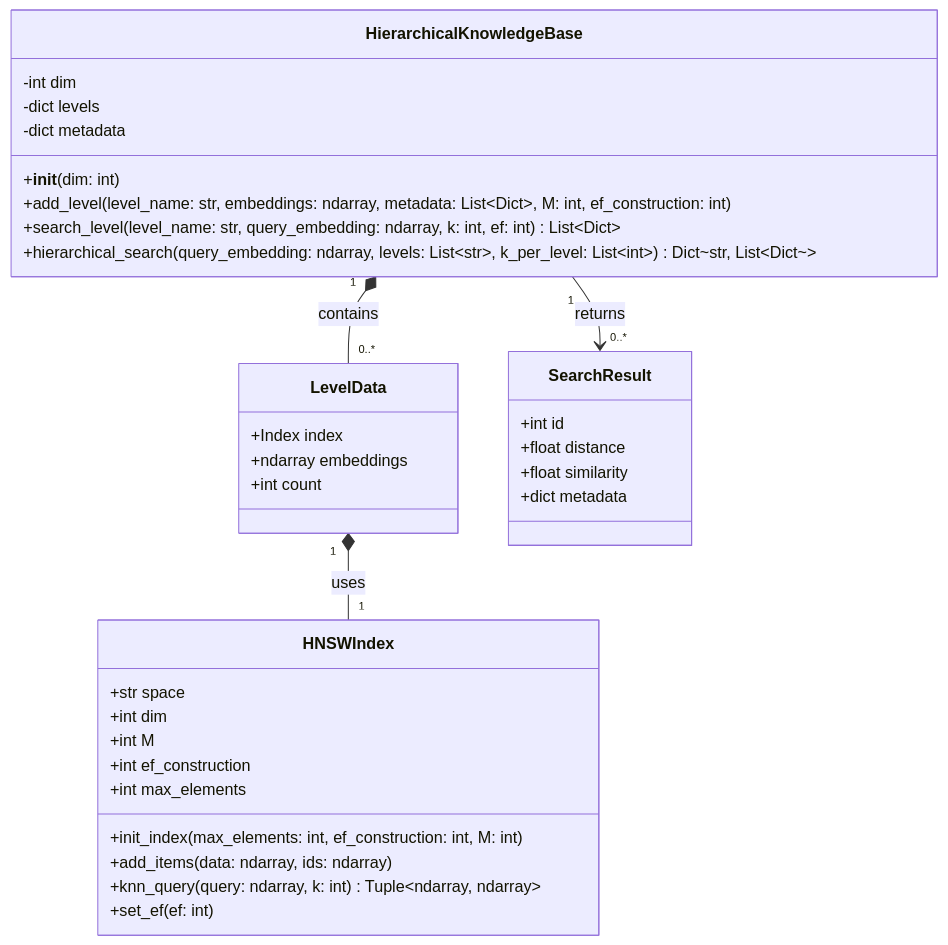
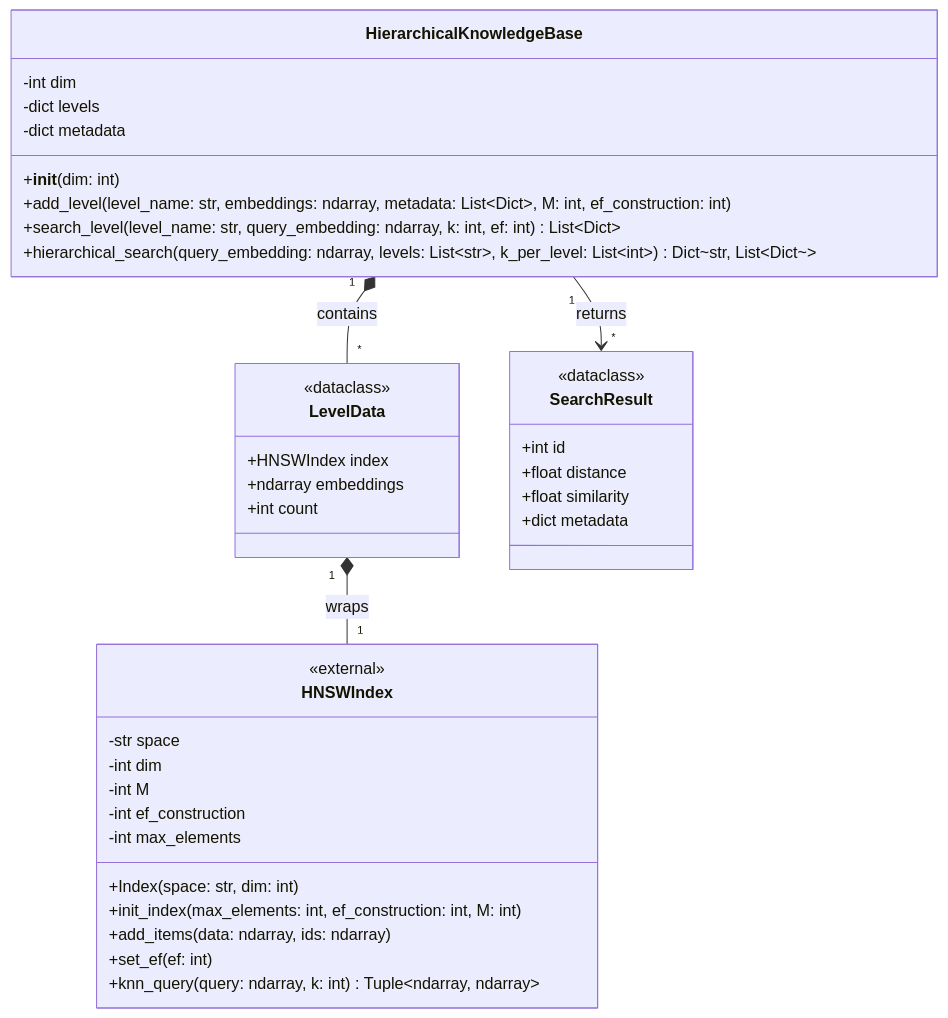
One commit to dimitarpg13/rag_architectures_and_concepts changed the first of 16 diagrams in src/examples/hnsw/hnsw_hierarchical_reasoning.md. Above: the diagram before and after it, drawn with Mermaid. The commit also changed other lines of this file, not shown here.

Commit message:
update diagram

````diff
--- a/src/examples/hnsw/hnsw_hierarchical_reasoning.md
+++ b/src/examples/hnsw/hnsw_hierarchical_reasoning.md
@@ -71,41 +35,45 @@
 ```mermaid
 classDiagram
     class HierarchicalKnowledgeBase {
         -int dim
         -dict levels
         -dict metadata
         +__init__(dim: int)
         +add_level(level_name: str, embeddings: ndarray, metadata: List~Dict~, M: int, ef_construction: int)
         +search_level(level_name: str, query_embedding: ndarray, k: int, ef: int) List~Dict~
         +hierarchical_search(query_embedding: ndarray, levels: List~str~, k_per_level: List~int~) Dict~str, List~Dict~~
     }
 
+    class HNSWIndex {
+        <<external>>
+        -str space
+        -int dim
+        -int M
+        -int ef_construction
+        -int max_elements
+        +Index(space: str, dim: int)
+        +init_index(max_elements: int, ef_construction: int, M: int)
+        +add_items(data: ndarray, ids: ndarray)
+        +set_ef(ef: int)
+        +knn_query(query: ndarray, k: int) Tuple~ndarray, ndarray~
+    }
+
     class LevelData {
-        +Index index
+        <<dataclass>>
+        +HNSWIndex index
         +ndarray embeddings
         +int count
     }
 
     class SearchResult {
+        <<dataclass>>
         +int id
         +float distance
         +float similarity
         +dict metadata
     }
 
-    class HNSWIndex {
-        +str space
-        +int dim
-        +int M
-        +int ef_construction
-        +int max_elements
-        +init_index(max_elements: int, ef_construction: int, M: int)
-        +add_items(data: ndarray, ids: ndarray)
-        +knn_query(query: ndarray, k: int) Tuple~ndarray, ndarray~
-        +set_ef(ef: int)
-    }
-
-    HierarchicalKnowledgeBase "1" *-- "0..*" LevelData : contains
-    HierarchicalKnowledgeBase "1" --> "0..*" SearchResult : returns
-    LevelData "1" *-- "1" HNSWIndex : uses
+    HierarchicalKnowledgeBase "1" *-- "*" LevelData : contains
+    HierarchicalKnowledgeBase "1" --> "*" SearchResult : returns
+    LevelData "1" *-- "1" HNSWIndex : wraps
 ```
````
